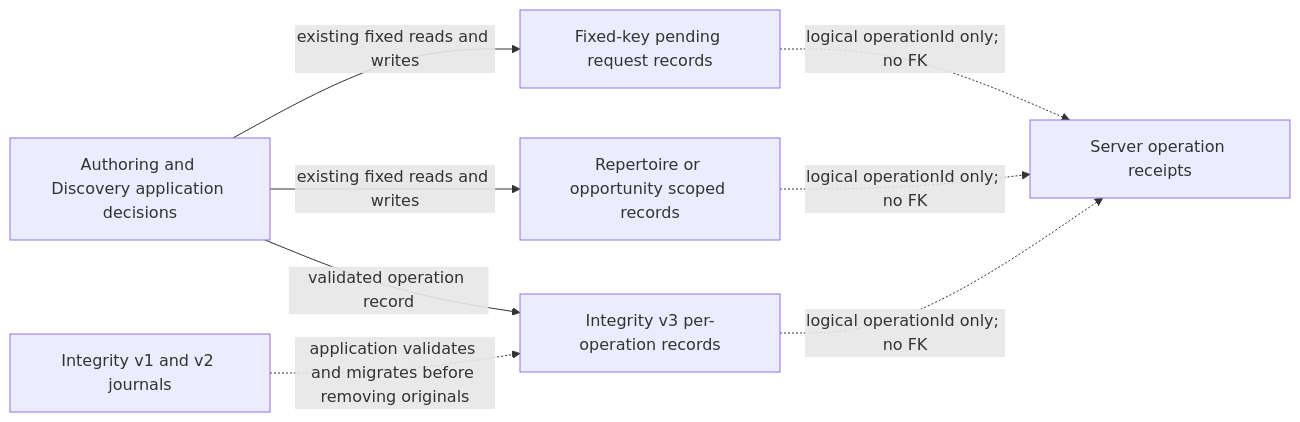
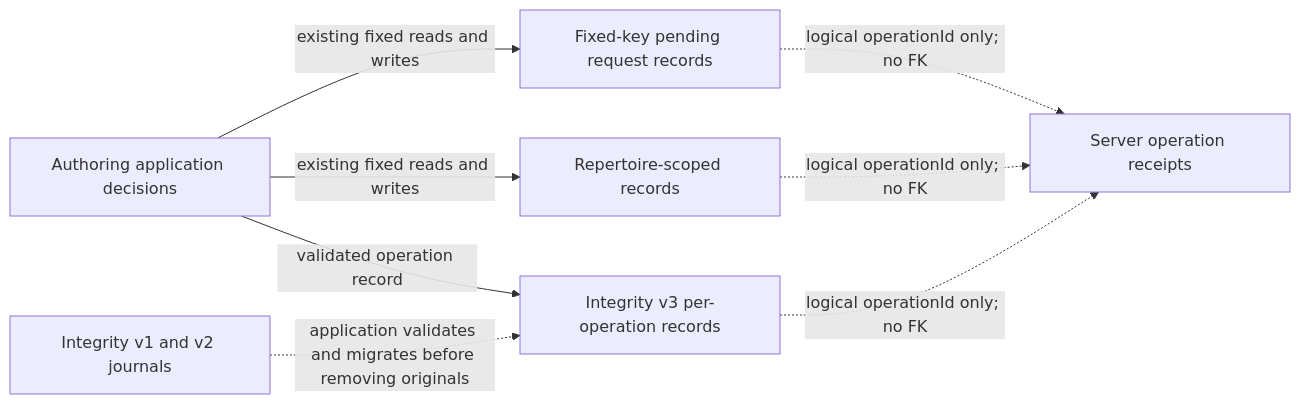
One commit to aaweaver-actuary/tempo changed the diagram in database/browser/adapters/authoring/README.md. Above: the diagram before and after it, drawn with Mermaid. The commit also changed other lines of this file and 402 other files, not shown here.

````diff
--- a/database/browser/adapters/authoring/README.md
+++ b/database/browser/adapters/authoring/README.md
@@ -16,16 +16,16 @@
 ```mermaid
 flowchart LR
-  app[Authoring and Discovery application decisions]
+  app[Authoring application decisions]
   fixed[Fixed-key pending request records]
-  scoped[Repertoire or opportunity scoped records]
+  scoped[Repertoire-scoped records]
   repairs[Integrity v3 per-operation records]
   legacy[Integrity v1 and v2 journals]
   receipts[Server operation receipts]
   app -->|existing fixed reads and writes| fixed
   app -->|existing fixed reads and writes| scoped
   app -->|validated operation record| repairs
   legacy -.->|application validates and migrates before removing originals| repairs
   fixed -.->|logical operationId only; no FK| receipts
   scoped -.->|logical operationId only; no FK| receipts
   repairs -.->|logical operationId only; no FK| receipts
 ```
````
